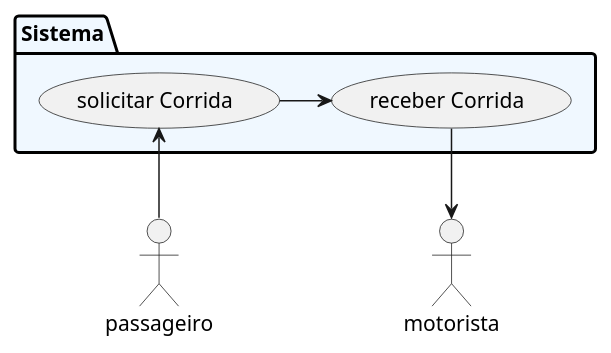
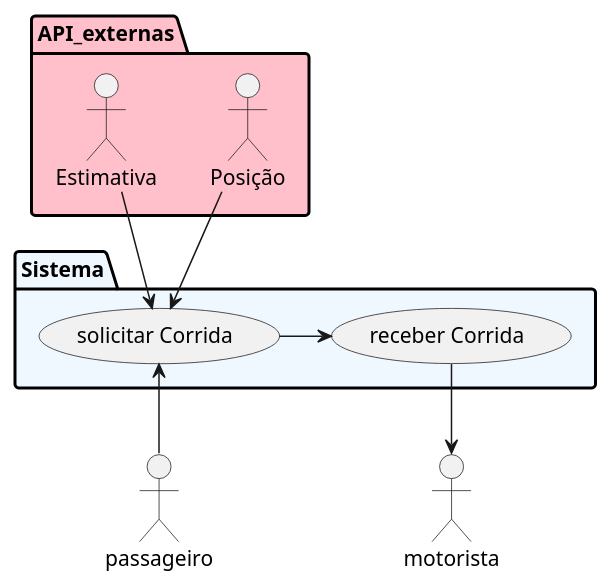
Before and after one commit to XMATHEUSX/UML: the diagram in Sprint_2/casoUso.puml, drawn with PlantUML. The commit also changed 4 other files, not shown here.

```diff
--- a/Sprint_2/casoUso.puml
+++ b/Sprint_2/casoUso.puml
@@ -1,14 +1,20 @@
 @startuml
 :passageiro: as passageiro
 :motorista: as motorista
 package Sistema #aliceblue;line:black;line.bold;text:black {
 
   usecase "solicitar Corrida" as UC1
   usecase "receber Corrida" as UC2
 }
 
+package API_externas #pink;line:black;line.bold;text:black {
+:Posição: as pos
+:Estimativa: as est
+}
 passageiro -up-> UC1
 motorista <-up- UC2
 (UC1) -> (UC2)
+pos --> UC1
+est --> UC1
 
 @enduml
```
